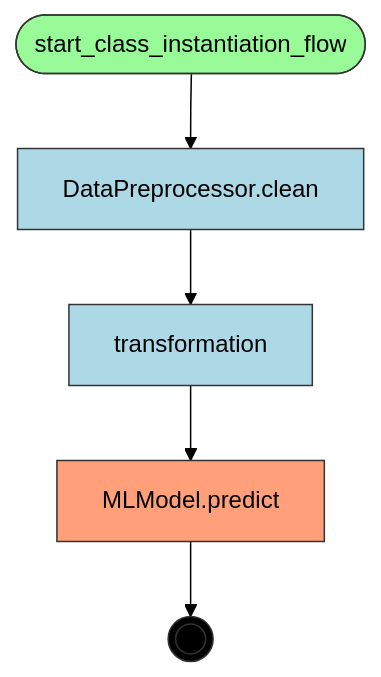
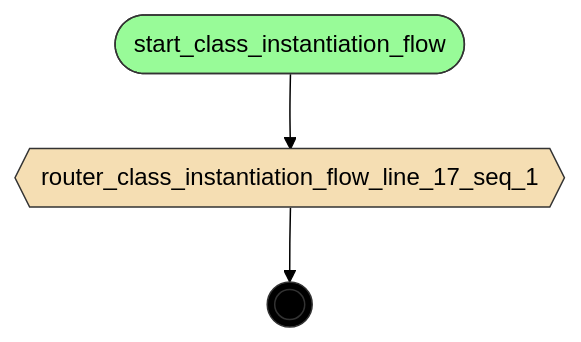
Before and after one commit to deliveryhero/asya: the diagram in examples/flows/compiled/sequential_with_class/flow.mmd, drawn with Mermaid (forest theme). The commit also changed 1302 other files, not shown here.

```diff
--- a/examples/flows/compiled/sequential_with_class/flow.mmd
+++ b/examples/flows/compiled/sequential_with_class/flow.mmd
@@ -1,23 +1,18 @@
 flowchart TD
     %% Flow: class_instantiation_flow
 
-    sequential_with_class_DataPreprocessor_clean[DataPreprocessor.clean]
-    sequential_with_class_MLModel_predict[MLModel.predict]
+    router_class_instantiation_flow_line_17_seq_1{{router_class_instantiation_flow_line_17_seq_1}}
     start_class_instantiation_flow([start_class_instantiation_flow])
-    transformation[transformation]
     __end__((( )))
 
-    start_class_instantiation_flow --> sequential_with_class_DataPreprocessor_clean
-    sequential_with_class_DataPreprocessor_clean --> transformation
-    transformation --> sequential_with_class_MLModel_predict
-    sequential_with_class_MLModel_predict --> __end__
+    start_class_instantiation_flow --> router_class_instantiation_flow_line_17_seq_1
+    router_class_instantiation_flow_line_17_seq_1 --> __end__
 
     classDef start fill:#98FB98,stroke:#333
     classDef endnode fill:#FFA07A,stroke:#333
     classDef router fill:#F5DEB3,stroke:#333
     classDef handler fill:#ADD8E6,stroke:#333
     classDef endpoint fill:#000,stroke:#333,color:#fff
     class start_class_instantiation_flow start
-    class sequential_with_class_MLModel_predict endnode
-    class sequential_with_class_DataPreprocessor_clean,transformation handler
+    class router_class_instantiation_flow_line_17_seq_1 router
     class __end__ endpoint
```
